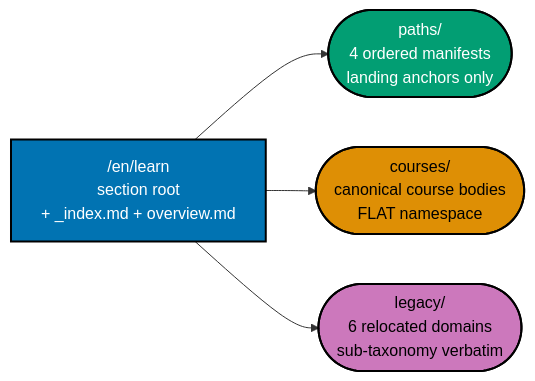
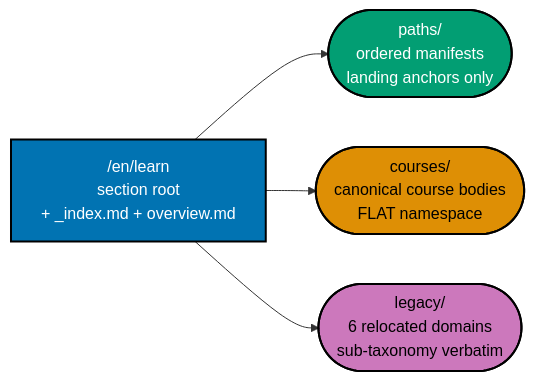
One commit to wahidyankf/baseerah changed the first of 2 diagrams in plans/backlog/ayokoding-learning-path-01-url-restructure/README.md. Above: the diagram before and after it, drawn with Mermaid. The commit also changed other lines of this file and 16 other files, not shown here.

````diff
--- a/plans/backlog/ayokoding-learning-path-01-url-restructure/README.md
+++ b/plans/backlog/ayokoding-learning-path-01-url-restructure/README.md
@@ -49,18 +50,18 @@
 ```mermaid
 %% Target IA of /en/learn after this plan lands (DD-40).
 %% Color Palette: Blue #0173B2, Orange #DE8F05, Teal #029E73, Purple #CC78BC — WCAG-AA, CB-friendly.
 %% Node shape is redundant with colour: the section root is a rectangle, buckets are stadiums.
 flowchart LR
     LEARN["/en/learn<br/>section root<br/>+ _index.md + overview.md"]:::blue
-    PATHS(["paths/<br/>4 ordered manifests<br/>landing anchors only"]):::teal
+    PATHS(["paths/<br/>ordered manifests<br/>landing anchors only"]):::teal
     COURSES(["courses/<br/>canonical course bodies<br/>FLAT namespace"]):::orange
     LEGACY(["legacy/<br/>6 relocated domains<br/>sub-taxonomy verbatim"]):::purple
     LEARN --> PATHS
     LEARN --> COURSES
     LEARN --> LEGACY
 
     classDef blue fill:#0173B2,stroke:#000000,color:#FFFFFF,stroke-width:2px
     classDef teal fill:#029E73,stroke:#000000,color:#FFFFFF,stroke-width:2px
     classDef orange fill:#DE8F05,stroke:#000000,color:#000000,stroke-width:2px
     classDef purple fill:#CC78BC,stroke:#000000,color:#000000,stroke-width:2px
 ```
````
